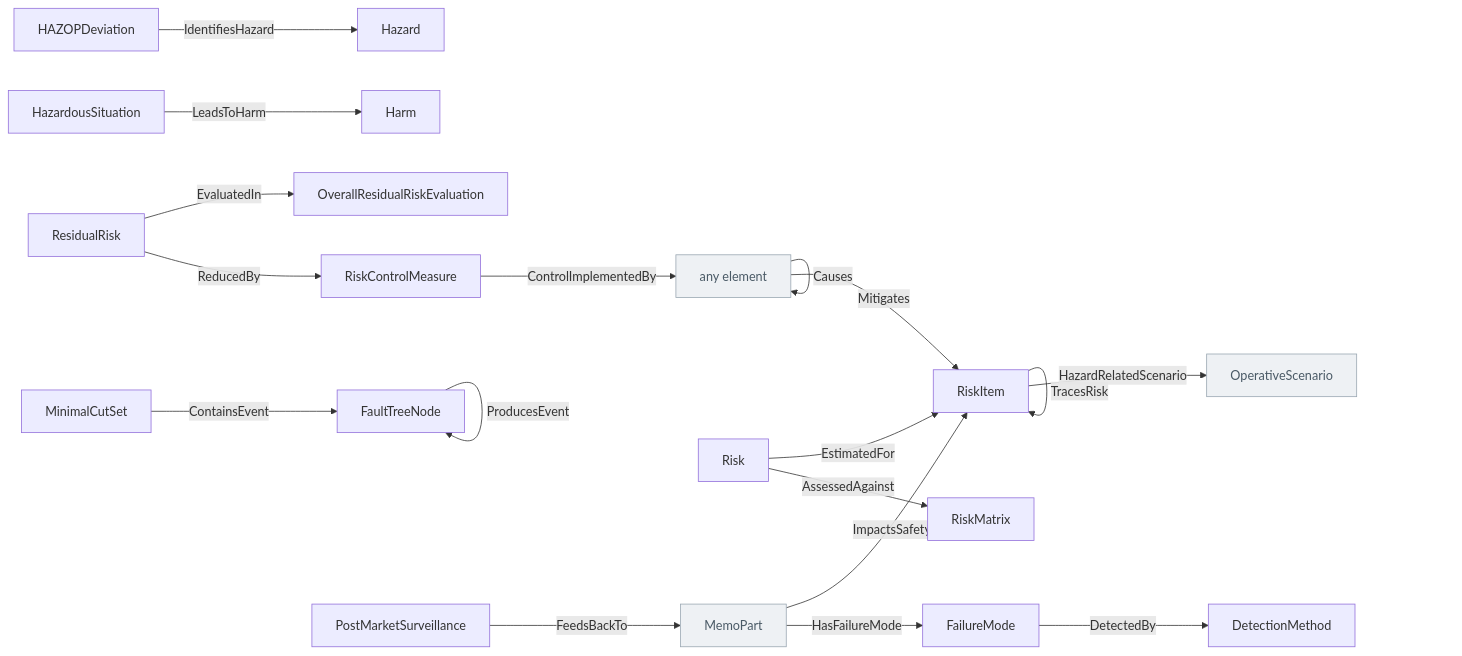
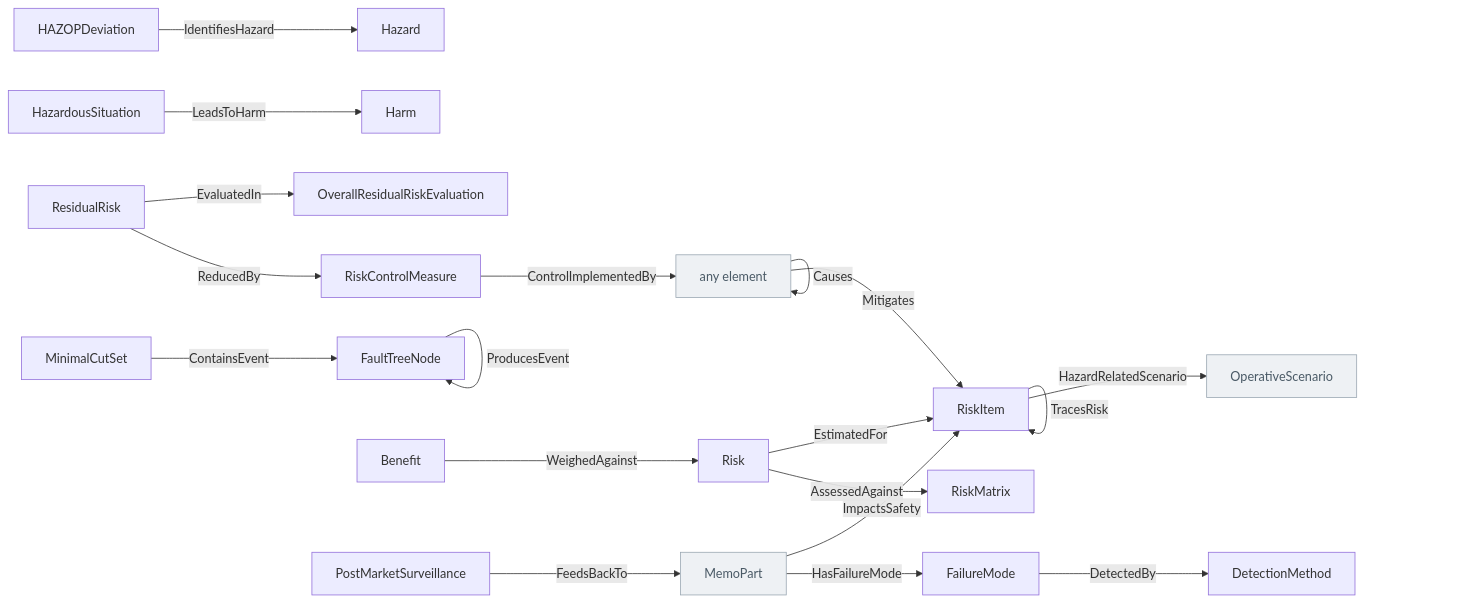
Before and after one commit to memoarchitect/memo: the diagram in docs/ontology/_generated/safety-risk.md, drawn with Mermaid. The commit also changed other lines of this file and 9 other files, not shown here.

First line of the commit message:
ISO 14971 5.2, 5.3 and 7.4: rules over the links the model already has, and WeighedAgainst between a benefit and a risk

````diff
--- a/docs/ontology/_generated/safety-risk.md
+++ b/docs/ontology/_generated/safety-risk.md
@@ -52,40 +52,42 @@
 ```mermaid
 flowchart LR
   anyElement["any element"]:::other
   FailureMode["FailureMode"]
   DetectionMethod["DetectionMethod"]
   FaultTreeNode["FaultTreeNode"]
   MinimalCutSet["MinimalCutSet"]
   HAZOPDeviation["HAZOPDeviation"]
   Hazard["Hazard"]
   MemoPart["MemoPart"]:::other
   RiskItem["RiskItem"]
   HazardousSituation["HazardousSituation"]
   Harm["Harm"]
   OperativeScenario["OperativeScenario"]:::other
   Risk["Risk"]
   RiskMatrix["RiskMatrix"]
   ResidualRisk["ResidualRisk"]
   RiskControlMeasure["RiskControlMeasure"]
   OverallResidualRiskEvaluation["OverallResidualRiskEvaluation"]
+  Benefit["Benefit"]
   PostMarketSurveillance["PostMarketSurveillance"]
   anyElement -->|Causes| anyElement
   FailureMode -->|DetectedBy| DetectionMethod
   FaultTreeNode -->|InputToGate| FaultTreeNode
   FaultTreeNode -->|ProducesEvent| FaultTreeNode
   MinimalCutSet -->|ContainsEvent| FaultTreeNode
   HAZOPDeviation -->|IdentifiesHazard| Hazard
   MemoPart -->|HasFailureMode| FailureMode
   RiskItem -->|TracesRisk| RiskItem
   HazardousSituation -->|LeadsToHarm| Harm
   RiskItem -->|HazardRelatedScenario| OperativeScenario
   Risk -->|AssessedAgainst| RiskMatrix
   Risk -->|EstimatedFor| RiskItem
   ResidualRisk -->|ReducedBy| RiskControlMeasure
   ResidualRisk -->|EvaluatedIn| OverallResidualRiskEvaluation
   anyElement -->|Mitigates| RiskItem
+  Benefit -->|WeighedAgainst| Risk
   PostMarketSurveillance -->|FeedsBackTo| MemoPart
   RiskControlMeasure -->|ControlImplementedBy| anyElement
   MemoPart -->|ImpactsSafety| RiskItem
   classDef other fill:#eef1f4,stroke:#9aa7b2,color:#4a5a66
 ```
````
